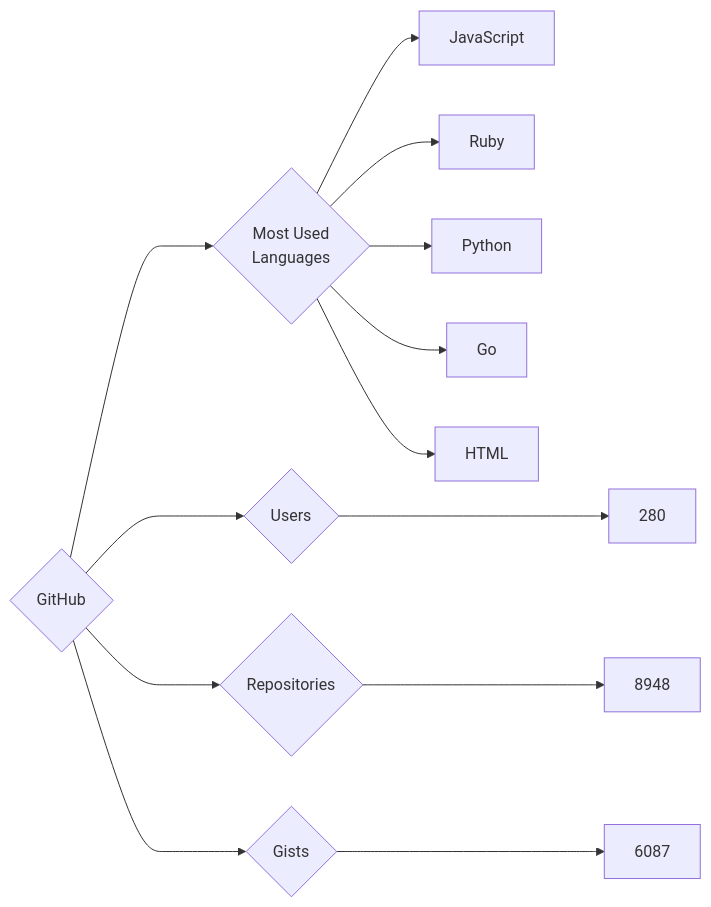
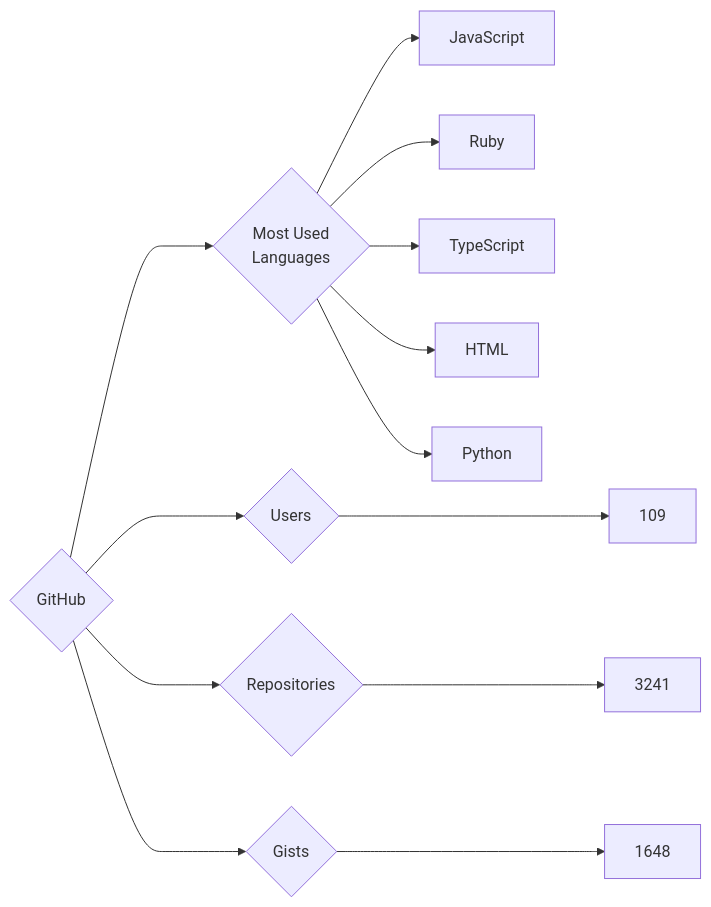
The diagram in targets/GitHub/README.md (trickest/insiders), drawn with Mermaid before and after one commit. The commit also changed 614 other files, not shown here.

````diff
--- a/targets/GitHub/README.md
+++ b/targets/GitHub/README.md
@@ -3,13 +3,13 @@
 ```mermaid
 graph LR
 COMPANY_NAME{GitHub}
-COMPANY_NAME ---> U{Users} ---> UN[280]
-COMPANY_NAME ---> R{Repositories} ---> RN[8948]
-COMPANY_NAME ---> G{Gists} ---> GN[6087]
+COMPANY_NAME ---> U{Users} ---> UN[109]
+COMPANY_NAME ---> R{Repositories} ---> RN[3241]
+COMPANY_NAME ---> G{Gists} ---> GN[1648]
 COMPANY_NAME ---> ML{Most Used<br>Languages}
 ML --> JavaScript[JavaScript]
 ML --> Ruby[Ruby]
+ML --> TypeScript[TypeScript]
+ML --> HTML[HTML]
 ML --> Python[Python]
-ML --> Go[Go]
-ML --> HTML[HTML]
 ```
````
